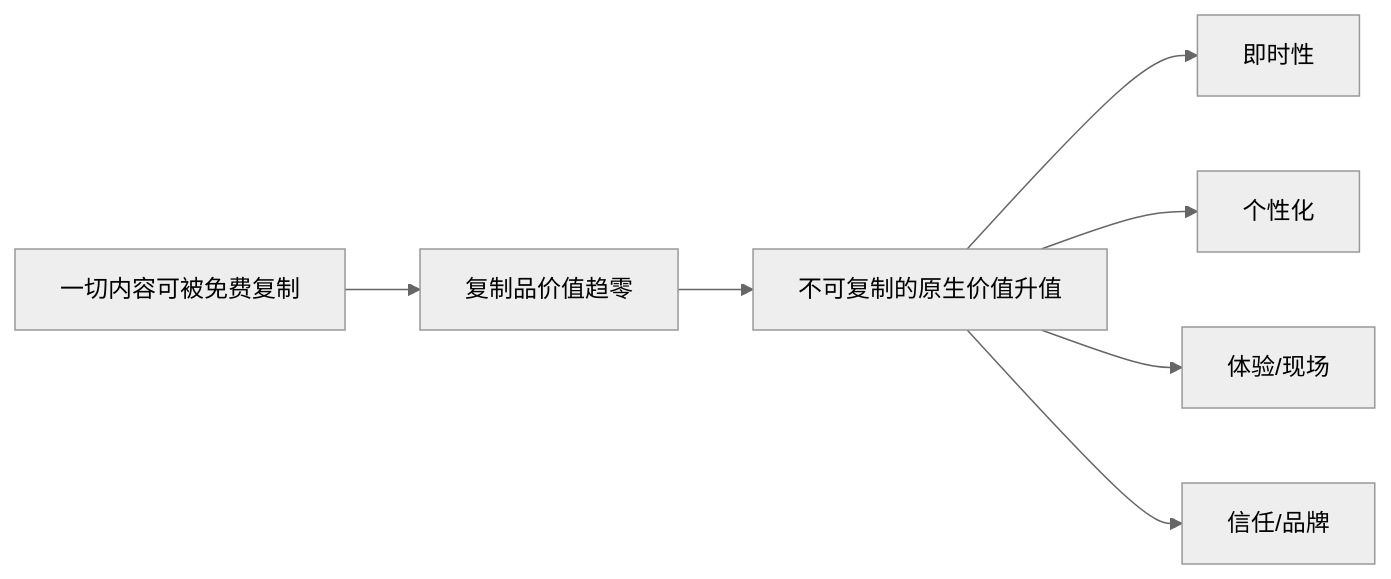
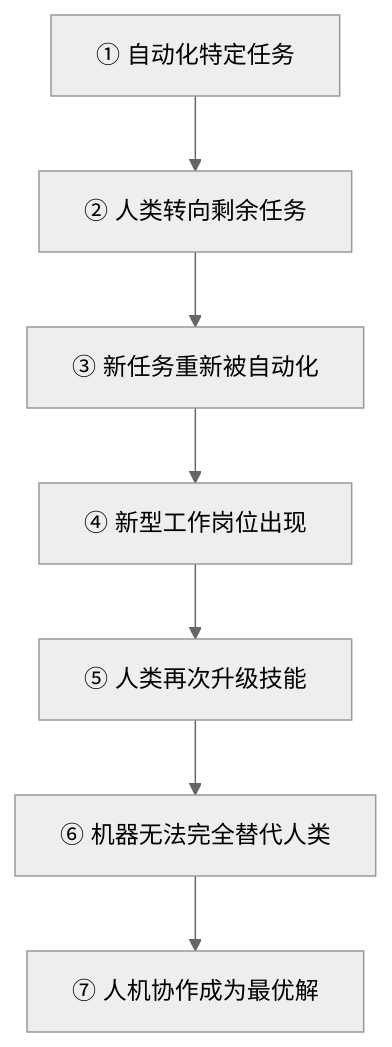
Before and after one commit to qinwenshi/wiki: the second of 4 diagrams in content/reading/必然.md, drawn with Mermaid (neutral theme). The commit also changed other lines of this file, not shown here.

````diff
--- a/content/reading/必然.md
+++ b/content/reading/必然.md
@@ -76,9 +103,9 @@
 ```mermaid
-flowchart LR
-    A[一切内容可被免费复制] --> B[复制品价值趋零]
-    B --> C[不可复制的原生价值升值]
-    C --> D[即时性]
-    C --> E[个性化]
-    C --> F[体验/现场]
-    C --> G[信任/品牌]
+flowchart TD
+    A["① 自动化特定任务"] --> B["② 人类转向剩余任务"]
+    B --> C["③ 新任务重新被自动化"]
+    C --> D["④ 新型工作岗位出现"]
+    D --> E["⑤ 人类再次升级技能"]
+    E --> F["⑥ 机器无法完全替代人类"]
+    F --> G["⑦ 人机协作成为最优解"]
 ```
````
